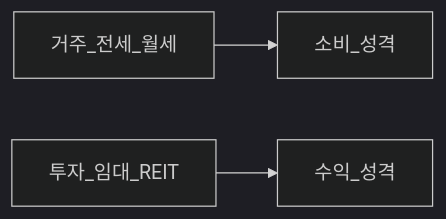
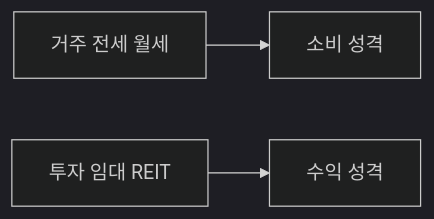
Before and after one commit to goldanghenry/Finances: the second of 4 diagrams in 07-real-estate/real-estate-basics.md, drawn with Mermaid (dark theme). The commit also changed other lines of this file and 211 other files, not shown here.

````diff
--- a/07-real-estate/real-estate-basics.md
+++ b/07-real-estate/real-estate-basics.md
@@ -88,5 +107,5 @@
 ```mermaid
 flowchart LR
-  Live[거주_전세_월세] --> Cons[소비_성격]
-  Inv[투자_임대_REIT] --> Ret[수익_성격]
+  Live["거주 전세 월세"] --> Cons["소비 성격"]
+  Inv["투자 임대 REIT"] --> Ret["수익 성격"]
 ```
````
